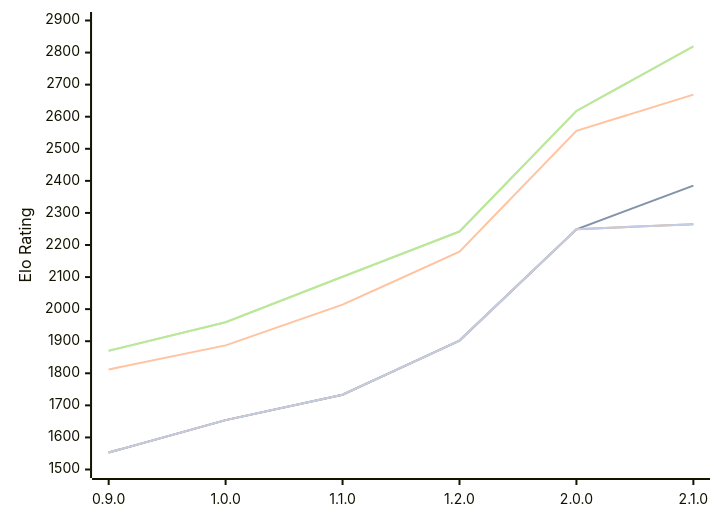
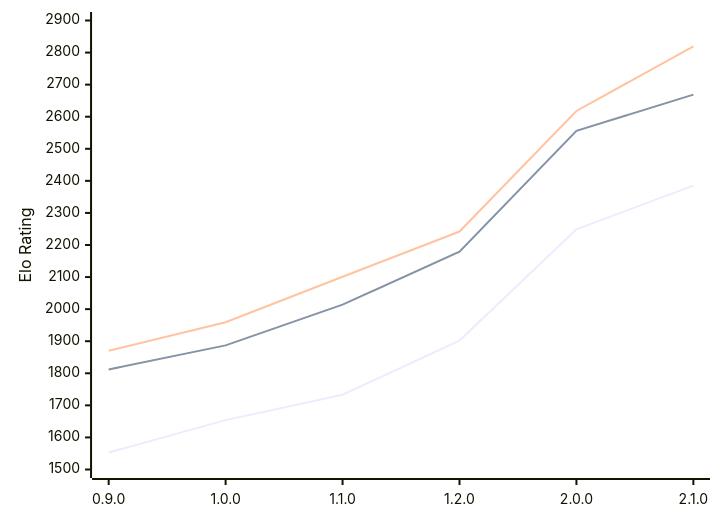
Before and after one commit to computer-chess-index/cci: the diagram in engines/Ratsu.md, drawn with Mermaid. The commit also changed other lines of this file, not shown here.

````diff
--- a/engines/Ratsu.md
+++ b/engines/Ratsu.md
@@ -52,13 +52,9 @@
 ```mermaid
 %%{init: {"theme":"base","themeVariables":{"seriesColors:['#a3a3a3','#222221','#faa371']}}}%%
 xychart-beta
   x-axis ["0.9.0", "1.0.0", "1.1.0", "1.2.0", "2.0.0", "2.1.0"]
   y-axis "Elo Rating" 1500 --> 2900
-  line "" [1553, 1654, 1733, 1902, 2249, 2385]
   line "T1: STC (8.0+0.08s)" [1553, 1654, 1733, 1902, 2249, 2385]
   line "T1: LTC (60.0+0.60s)" [1812, 1887, 2014, 2179, 2556, 2669]
-  line "" [1870, 1959, 2101, 2242, 2618, 2819]
   line "T1: VLTC (2m24s+1.12s)" [1870, 1959, 2101, 2242, 2618, 2819]
-  line "" [1553, 1654, 1733, 1902, 2249,2265]
-  line "E1: STC (8.0+0.08s)" [1553, 1654, 1733, 1902, 2249,2265]
 ```
````
